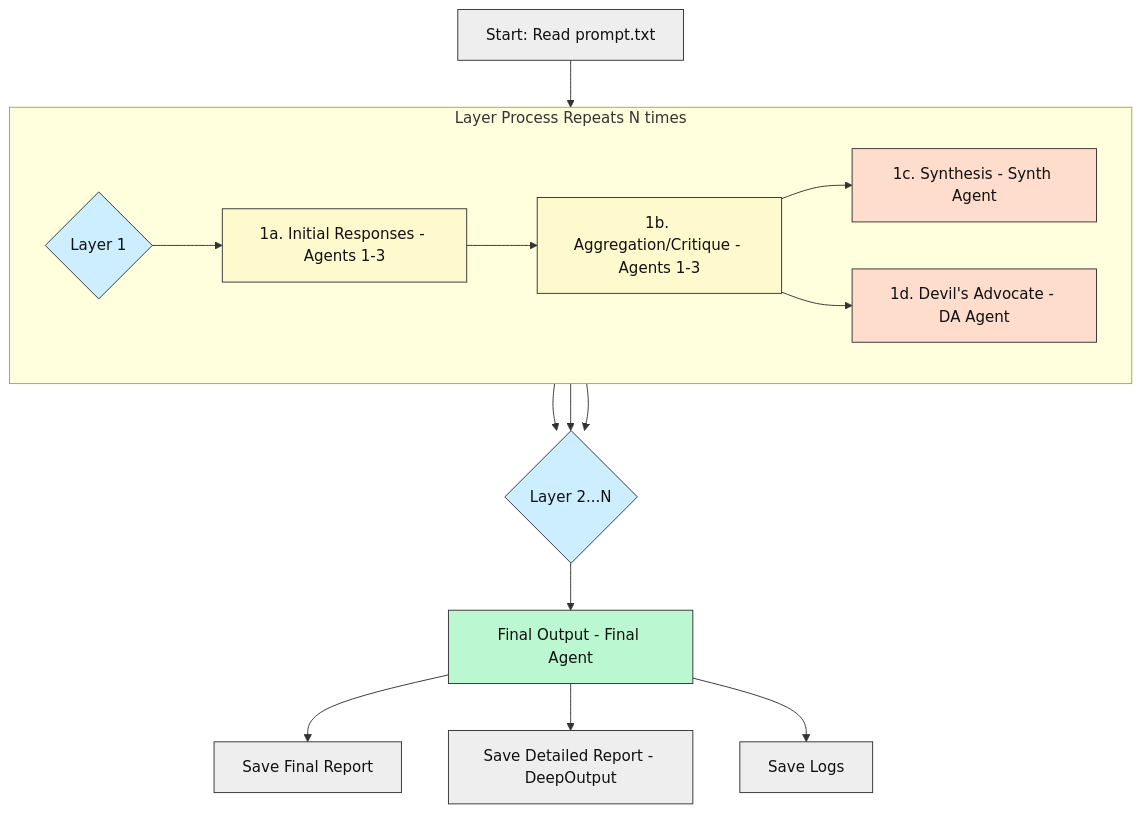
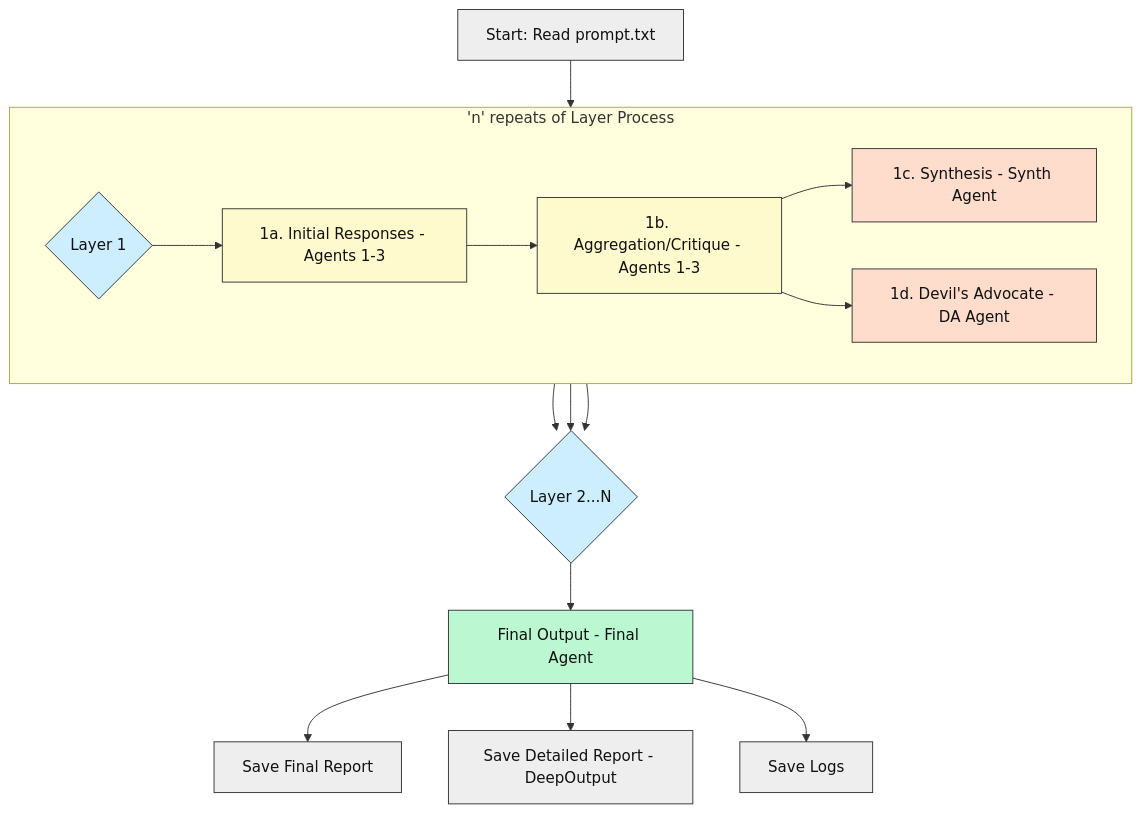
Before and after one commit to Mindrocket42/MOA-DeepOutputs: the first of 2 diagrams in README.md, drawn with Mermaid.

Commit message:
Update README.md
mermaid improvements

````diff
--- a/README.md
+++ b/README.md
@@ -164,55 +164,55 @@
 ```mermaid
 flowchart TD
 
     A[Start: Read prompt.txt] --> B{Layer 1};
 
-    subgraph Layer Process Repeats N times
+    subgraph 'n' repeats of Layer Process
 
         direction LR
 
         B --> C[1a. Initial Responses - Agents 1-3];
 
         C --> D[1b. Aggregation/Critique - Agents 1-3];
 
         D --> E[1c. Synthesis - Synth Agent];
 
         D --> F[1d. Devil's Advocate - DA Agent];
 
     end
 
     B --> G{Layer 2...N};
 
     E --> G;
 
     F --> G;
 
     G --> H[Final Output - Final Agent];
 
     H --> I[Save Final Report];
 
     H --> J[Save Detailed Report - DeepOutput];
 
     H --> K[Save Logs];
 
     style A fill:#eeeeee,stroke:#333333,color:#111111
 
     style B fill:#cceeff,stroke:#333333,color:#111111
 
     style G fill:#cceeff,stroke:#333333,color:#111111
 
     style C fill:#fffacd,stroke:#333333,color:#111111
 
     style D fill:#fffacd,stroke:#333333,color:#111111
 
     style E fill:#ffddcc,stroke:#333333,color:#111111
 
     style F fill:#ffddcc,stroke:#333333,color:#111111
 
     style H fill:#bbf7d0,stroke:#333333,color:#111111
 
     style I fill:#eeeeee,stroke:#333333,color:#111111
 
     style J fill:#eeeeee,stroke:#333333,color:#111111
 
     style K fill:#eeeeee,stroke:#333333,color:#111111
 ```
````
